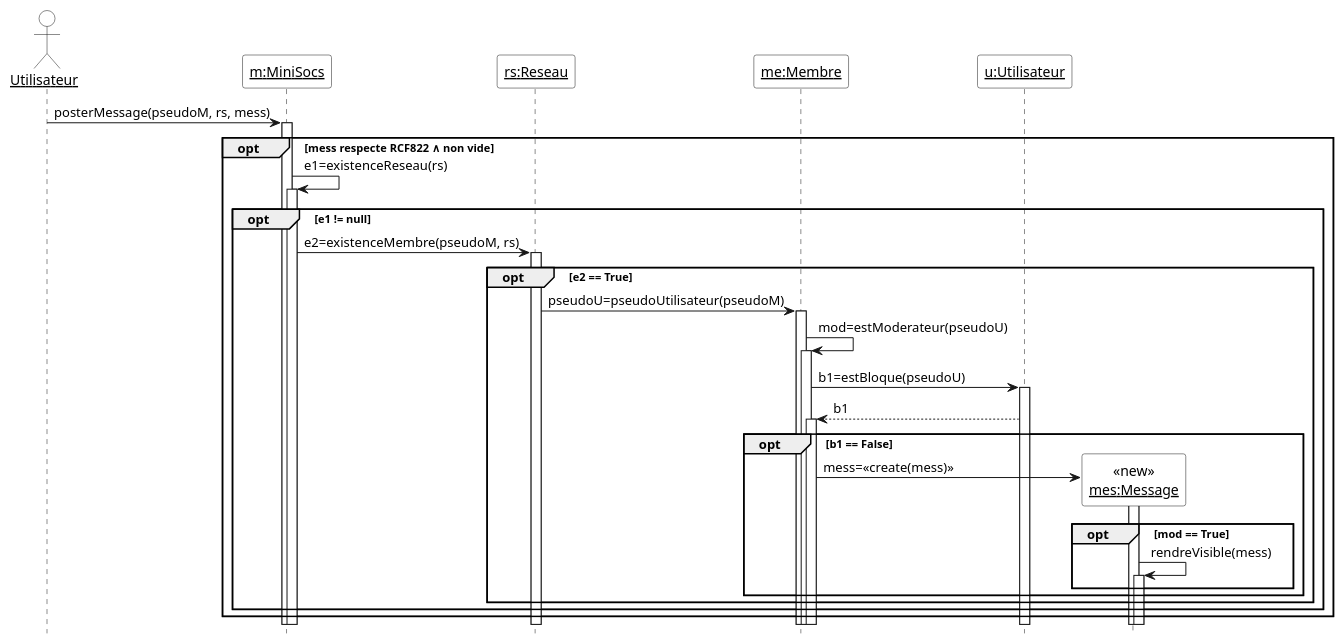
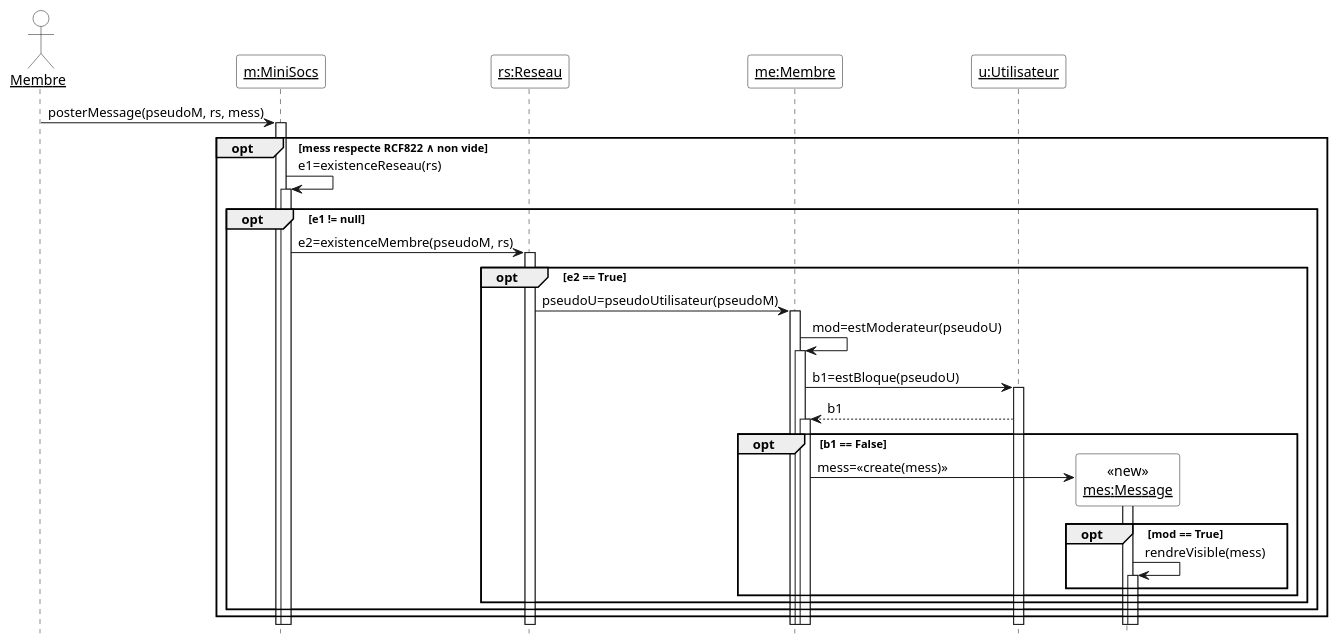
Before and after one commit to HugoKD/MiniSoc: the diagram in Diagrammes/minisocs_uml_diag_poster_mess.pu, drawn with PlantUML. The commit also changed 14 other files, not shown here.

```diff
--- a/Diagrammes/minisocs_uml_diag_poster_mess.pu
+++ b/Diagrammes/minisocs_uml_diag_poster_mess.pu
@@ -1,39 +1,39 @@
 @startuml
 
 'Diagramme de séquence (PlantUML)'
 
 'Configuration charte graphique'
 hide footbox
 skinparam sequenceParticipantBackgroundColor White
 skinparam sequenceActorBackgroundColor White
 
 'Déclaration des acteurs et des participants (déjà existants avant la séquence)'
-actor "__Utilisateur__" as user
+actor "__Membre__" as member
 participant "__m:MiniSocs__" as m
 participant "__rs:Reseau__" as rs
 participant "__me:Membre__" as me
 participant "__u:Utilisateur__" as u
 
 'Séquence avec les messages, les créations de participants, etc.'
-user -> m ++ : posterMessage(pseudoM, rs, mess)
+member -> m ++ : posterMessage(pseudoM, rs, mess)
 
 opt mess respecte RCF822 ∧ non vide
   m -> m ++ : e1=existenceReseau(rs)
   opt e1 != null
     m -> rs ++ : e2=existenceMembre(pseudoM, rs)
     opt e2 == True
       rs -> me ++ : pseudoU=pseudoUtilisateur(pseudoM)
       me -> me ++ : mod=estModerateur(pseudoU)
       me -> u ++ : b1=estBloque(pseudoU)
       u --> me ++ : b1
       opt b1 == False
         create "<<new>>\n__mes:Message__" as mess
         me -> "__mes:Message__" as mess ++ : mess=<<create(mess)>>
         opt mod == True
           mess -> mess ++ : rendreVisible(mess)
 	end
     end
   end    
 end
 end
 @enduml
```
